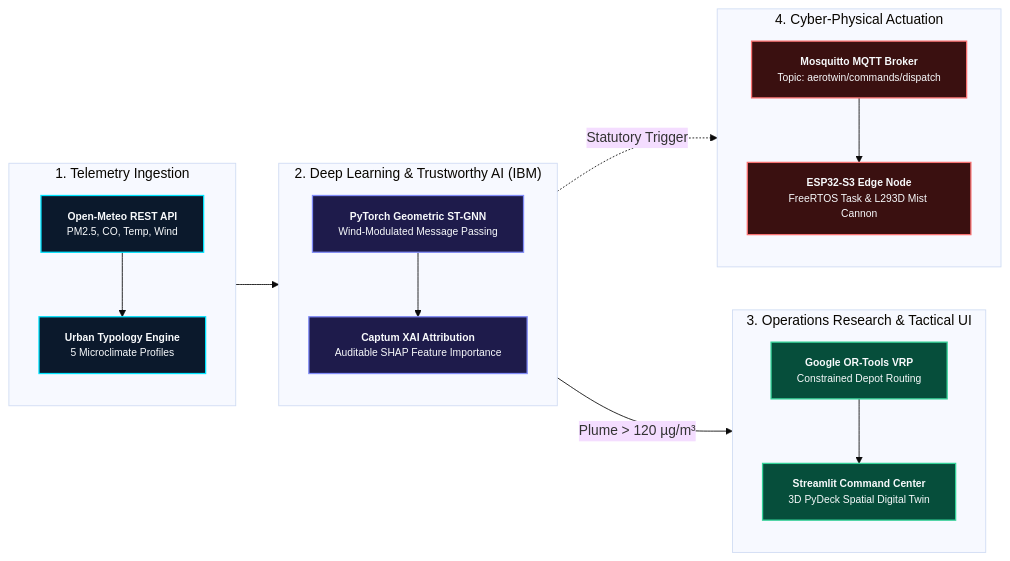
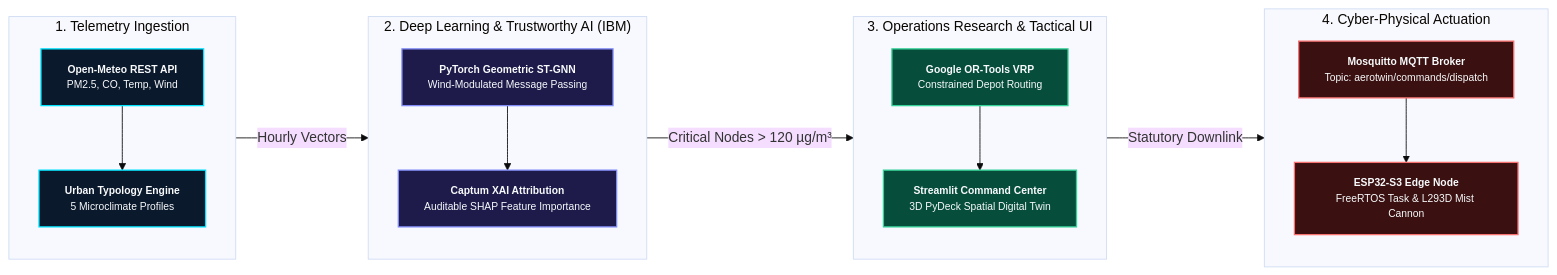
Before and after one commit to alfayezahmad/AeroTwin: the diagram in README.md, drawn with Mermaid (base theme).

Commit message:
docs(arch): clarify transition labels and linearize stage connections

````diff
--- a/README.md
+++ b/README.md
@@ -50,45 +50,45 @@
 ```mermaid
 flowchart LR
     subgraph INGEST["1. Telemetry Ingestion"]
         direction TB
         A["<b>Open-Meteo REST API</b><br/>PM2.5, CO, Temp, Wind"]
         B["<b>Urban Typology Engine</b><br/>5 Microclimate Profiles"]
         A --> B
     end
 
     subgraph AI["2. Deep Learning & Trustworthy AI (IBM)"]
         direction TB
         C["<b>PyTorch Geometric ST-GNN</b><br/>Wind-Modulated Message Passing"]
         D["<b>Captum XAI Attribution</b><br/>Auditable SHAP Feature Importance"]
         C --> D
     end
 
     subgraph COMMAND["3. Operations Research & Tactical UI"]
         direction TB
         E["<b>Google OR-Tools VRP</b><br/>Constrained Depot Routing"]
         F["<b>Streamlit Command Center</b><br/>3D PyDeck Spatial Digital Twin"]
         E --> F
     end
 
     subgraph EDGE["4. Cyber-Physical Actuation"]
         direction TB
         G["<b>Mosquitto MQTT Broker</b><br/>Topic: aerotwin/commands/dispatch"]
         H["<b>ESP32-S3 Edge Node</b><br/>FreeRTOS Task & L293D Mist Cannon"]
         G --> H
     end
 
-    B --> C
-    D -->|Plume > 120 µg/m³| E
-    D -.->|Statutory Trigger| G
+    B -->|Hourly Vectors| C
+    D -->|Critical Nodes > 120 µg/m³| E
+    F -->|Statutory Downlink| G
 
     classDef default fill:#0f172a,stroke:#334155,color:#e2e8f0,font-size:12px;
     classDef ingest fill:#0b192c,stroke:#00e5ff,stroke-width:1.5px,color:#f8fafc;
     classDef aiStyle fill:#1e1b4b,stroke:#818cf8,stroke-width:1.5px,color:#f8fafc;
     classDef opsStyle fill:#064e3b,stroke:#34d399,stroke-width:1.5px,color:#f8fafc;
     classDef edgeStyle fill:#3a1010,stroke:#f87171,stroke-width:1.5px,color:#f8fafc;
 
     class A,B ingest;
     class C,D aiStyle;
     class E,F opsStyle;
     class G,H edgeStyle;
 ```
````
